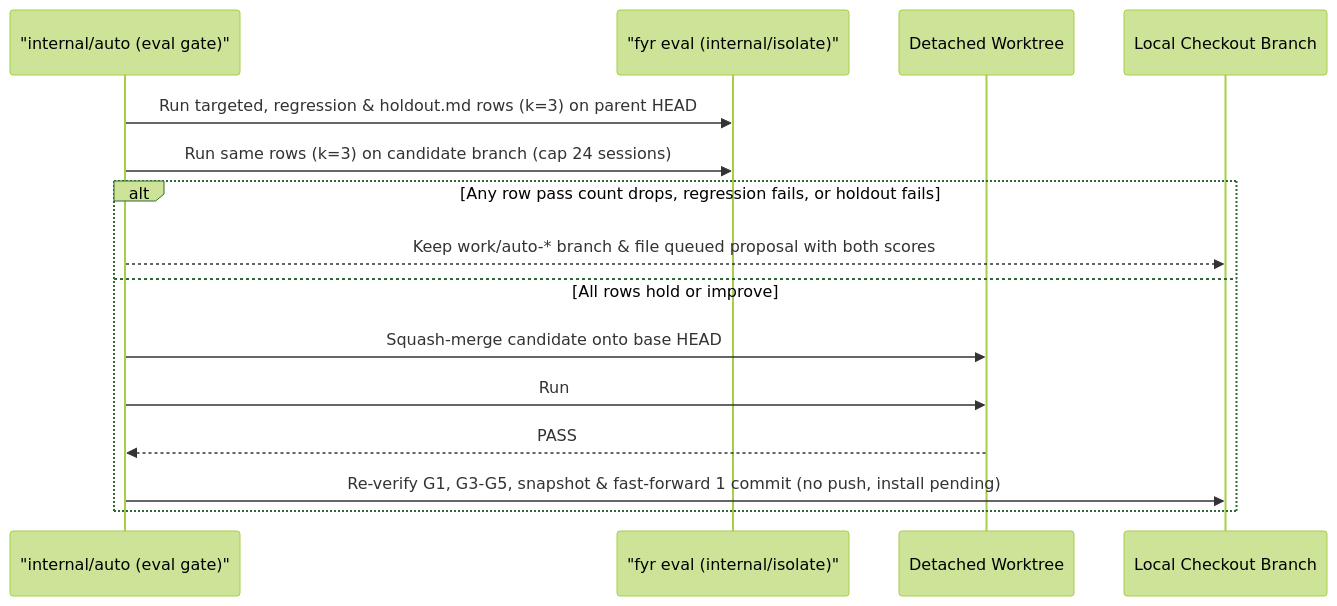
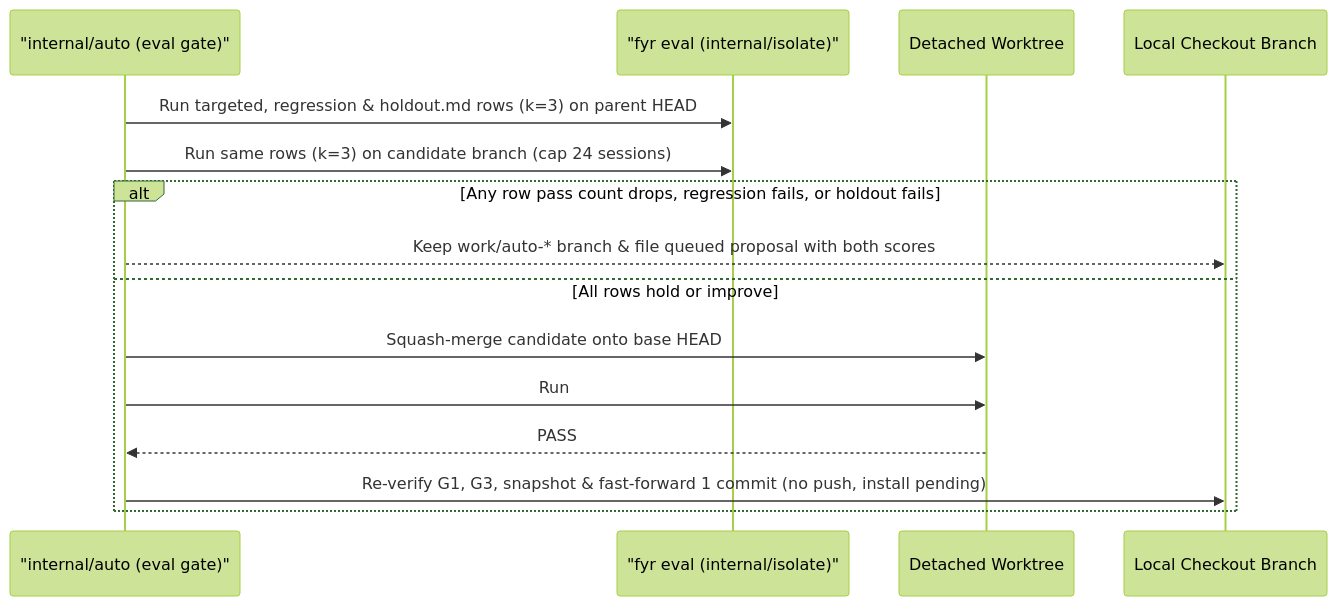
One commit to kesokaj/fyr changed the second of 2 diagrams in features/dream-and-auto.md. Above: the diagram before and after it, drawn with Mermaid (forest theme). The commit also changed other lines of this file and 5 other files, not shown here.

````diff
--- a/features/dream-and-auto.md
+++ b/features/dream-and-auto.md
@@ -45,17 +55,17 @@
 ```mermaid
 sequenceDiagram
     participant Auto as "internal/auto (eval gate)"
     participant Eval as "fyr eval (internal/isolate)"
     participant WT as Detached Worktree
     participant Local as Local Checkout Branch
     Auto->>Eval: Run targeted, regression & holdout.md rows (k=3) on parent HEAD
     Auto->>Eval: Run same rows (k=3) on candidate branch (cap 24 sessions)
     alt Any row pass count drops, regression fails, or holdout fails
         Auto-->>Local: Keep work/auto-* branch & file queued proposal with both scores
     else All rows hold or improve
         Auto->>WT: Squash-merge candidate onto base HEAD
         Auto->>WT: Run # auto: test lines from AGENTS.md + fyr check
         WT-->>Auto: PASS
-        Auto->>Local: Re-verify G1, G3-G5, snapshot & fast-forward 1 commit (no push, install pending)
+        Auto->>Local: Re-verify G1, G3, snapshot & fast-forward 1 commit (no push, install pending)
     end
 ```
````
